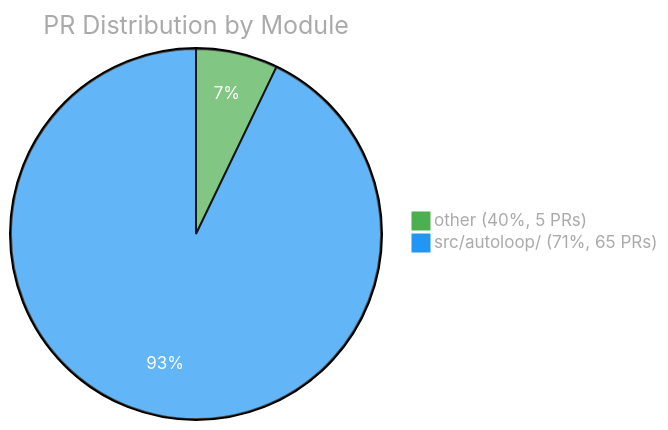
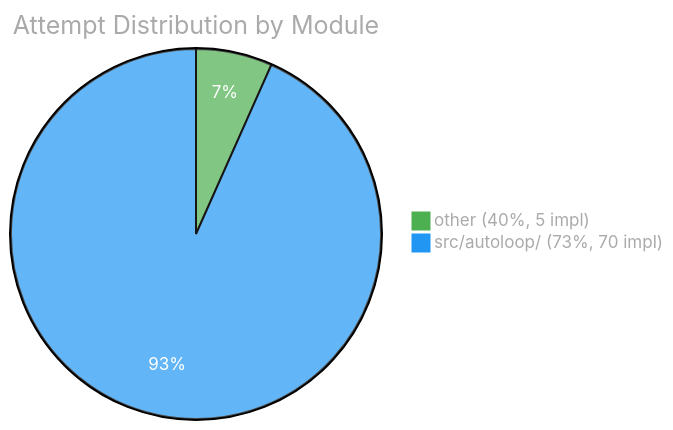
One commit to Sanctum-Origo-Systems/autoloop changed the third of 3 diagrams in EVAL.md. Above: the diagram before and after it, drawn with Mermaid. The commit also changed other lines of this file and 1 other file, not shown here.

````diff
--- a/EVAL.md
+++ b/EVAL.md
@@ -47,6 +50,6 @@
 ```mermaid
 %%{init: {'theme': 'base', 'themeVariables': {'pie1': '#4CAF50', 'pie2': '#2196F3', 'pie3': '#FF9800', 'pie4': '#E91E63', 'pie5': '#9C27B0', 'pie6': '#00BCD4', 'pieTitleTextColor': '#aaa', 'pieLegendTextColor': '#aaa', 'pieSectionTextColor': '#fff'}}}%%
-pie title PR Distribution by Module
-    "other (40%, 5 PRs)" : 5
-    "src/autoloop/ (71%, 65 PRs)" : 65
+pie title Attempt Distribution by Module
+    "other (40%, 5 impl)" : 5
+    "src/autoloop/ (73%, 70 impl)" : 70
 ```
````
